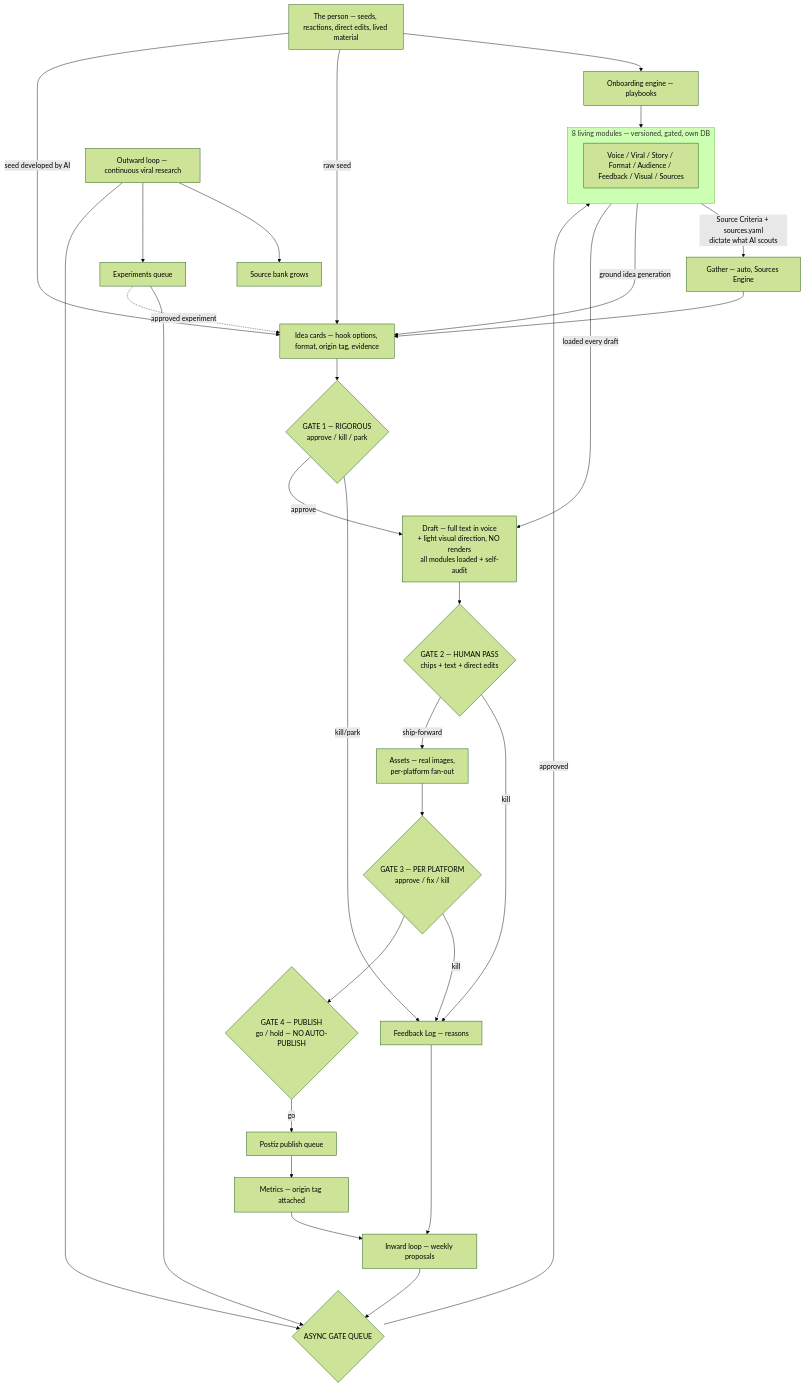
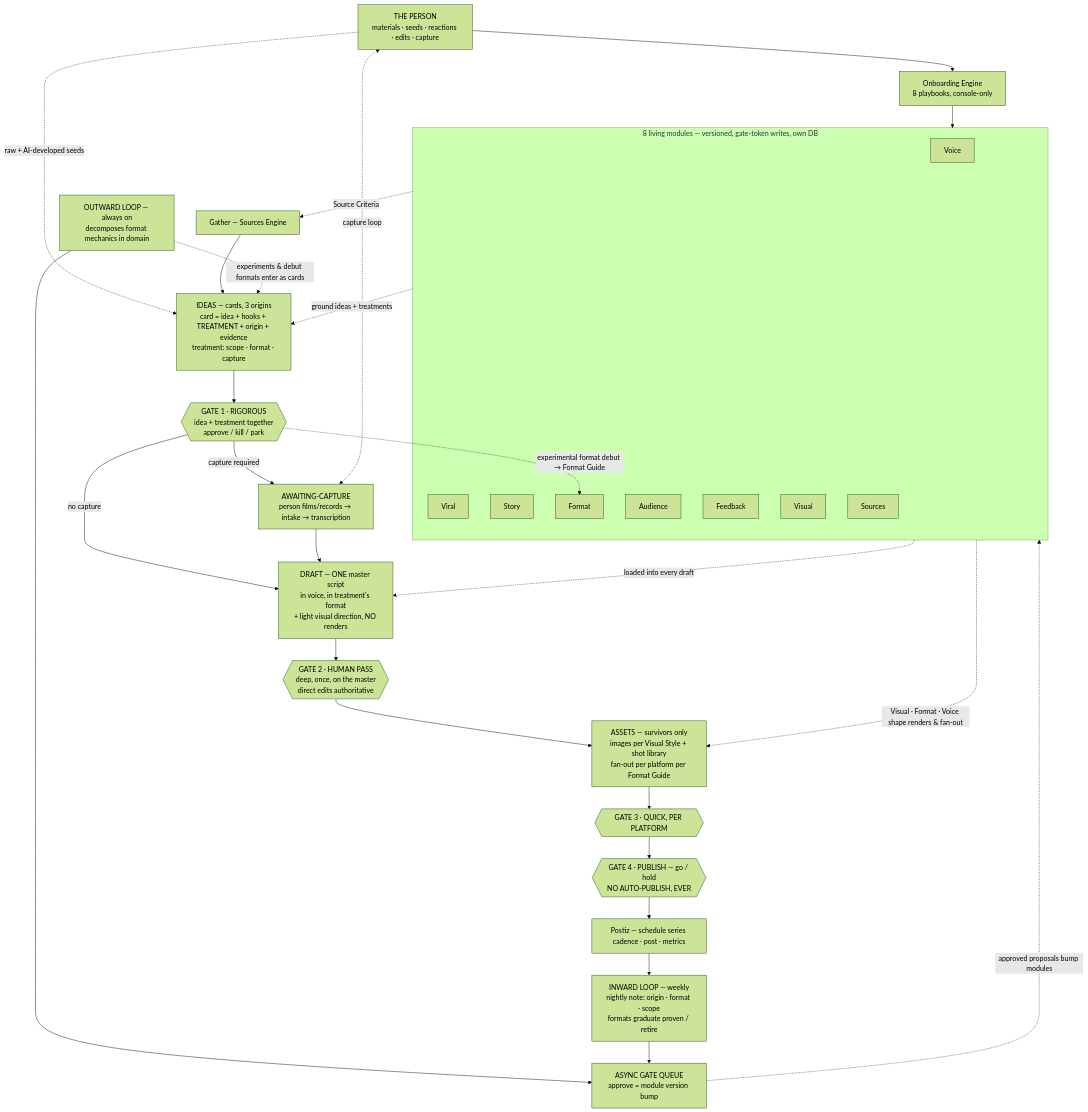
The diagram in docs/diagrams/README.md (Daimondan/ViralFactory), drawn with Mermaid (forest theme) before and after one commit. The commit also changed other lines of this file and 11 other files, not shown here.

First line of the commit message:
Inbox batch C: diagram v3.3 + basicauth deployment posture + T2.6-T2.8 deferral

````diff
--- a/docs/diagrams/README.md
+++ b/docs/diagrams/README.md
@@ -144,40 +60,30 @@
 ```mermaid
-flowchart TB
-    HU[The person — seeds, reactions, direct edits, lived material]
-    OE[Onboarding engine — playbooks]
-    HU --> OE
-    OE --> MODS
-
-    subgraph MODS[8 living modules — versioned, gated, own DB]
-        M[Voice / Viral / Story / Format / Audience / Feedback / Visual / Sources]
+flowchart TD
+    P[THE PERSON<br/>materials · seeds · reactions · edits · capture] --> OB[Onboarding Engine<br/>8 playbooks, console-only]
+    OB --> MODS
+    subgraph MODS[8 living modules — versioned, gate-token writes, own DB]
+        V[Voice] & VP[Viral] & SF[Story] & FG[Format] & AI2[Audience] & FL[Feedback] & VS[Visual] & SRC[Sources]
     end
-
-    MODS -->|Source Criteria + sources.yaml<br/>dictate what AI scouts| G
-    G[Gather — auto, Sources Engine] --> IDEAS
-    MODS -->|ground idea generation| IDEAS
-    HU -->|raw seed| IDEAS
-    HU -->|seed developed by AI| IDEAS
-    IDEAS[Idea cards — hook options, format, origin tag, evidence]
-    IDEAS --> GATE1{GATE 1 — RIGOROUS<br/>approve / kill / park}
-    GATE1 -->|kill/park| FB[Feedback Log — reasons]
-    GATE1 -->|approve| D[Draft — full text in voice<br/>+ light visual direction, NO renders<br/>all modules loaded + self-audit]
-    MODS -->|loaded every draft| D
-    D --> GATE2{GATE 2 — HUMAN PASS<br/>chips + text + direct edits}
-    GATE2 -->|kill| FB
-    GATE2 -->|ship-forward| A[Assets — real images,<br/>per-platform fan-out]
-    A --> GATE3{GATE 3 — PER PLATFORM<br/>approve / fix / kill}
-    GATE3 -->|kill| FB
-    GATE3 --> GATE4{GATE 4 — PUBLISH<br/>go / hold — NO AUTO-PUBLISH}
-    GATE4 -->|go| PU[Postiz publish queue]
-    PU --> METRICS[Metrics — origin tag attached]
-    METRICS --> IL[Inward loop — weekly proposals]
-    FB --> IL
-    OL[Outward loop — continuous viral research]
-    OL --> SB[Source bank grows]
-    OL --> XQ[Experiments queue]
-    IL --> QUEUE{ASYNC GATE QUEUE}
-    OL --> QUEUE
-    XQ --> QUEUE
-    QUEUE -->|approved| MODS
-    XQ -.->|approved experiment| IDEAS
+    MODS -.Source Criteria.-> G[Gather — Sources Engine]
+    P -.raw + AI-developed seeds.-> I
+    G --> I[IDEAS — cards, 3 origins<br/>card = idea + hooks + TREATMENT + origin + evidence<br/>treatment: scope · format · capture]
+    MODS -.ground ideas + treatments.-> I
+    I --> GATE1{{GATE 1 · RIGOROUS<br/>idea + treatment together<br/>approve / kill / park}}
+    GATE1 -.experimental format debut → Format Guide.-> FG
+    GATE1 -->|capture required| AC[AWAITING-CAPTURE<br/>person films/records → intake → transcription]
+    GATE1 -->|no capture| D
+    AC --> D[DRAFT — ONE master script<br/>in voice, in treatment's format<br/>+ light visual direction, NO renders]
+    P <-.capture loop.-> AC
+    MODS -.loaded into every draft.-> D
+    D --> GATE2{{GATE 2 · HUMAN PASS<br/>deep, once, on the master<br/>direct edits authoritative}}
+    GATE2 --> A[ASSETS — survivors only<br/>images per Visual Style + shot library<br/>fan-out per platform per Format Guide]
+    MODS -.Visual · Format · Voice shape renders & fan-out.-> A
+    A --> GATE3{{GATE 3 · QUICK, PER PLATFORM}}
+    GATE3 --> GATE4{{GATE 4 · PUBLISH — go / hold<br/>NO AUTO-PUBLISH, EVER}}
+    GATE4 --> POST[Postiz — schedule series cadence · post · metrics]
+    POST --> IN[INWARD LOOP — weekly<br/>nightly note: origin · format · scope<br/>formats graduate proven / retire]
+    OUT[OUTWARD LOOP — always on<br/>decomposes format mechanics in domain] --> Q
+    IN --> Q[ASYNC GATE QUEUE<br/>approve = module version bump]
+    Q -.approved proposals bump modules.-> MODS
+    OUT -.experiments & debut formats enter as cards.-> I
 ```
````
